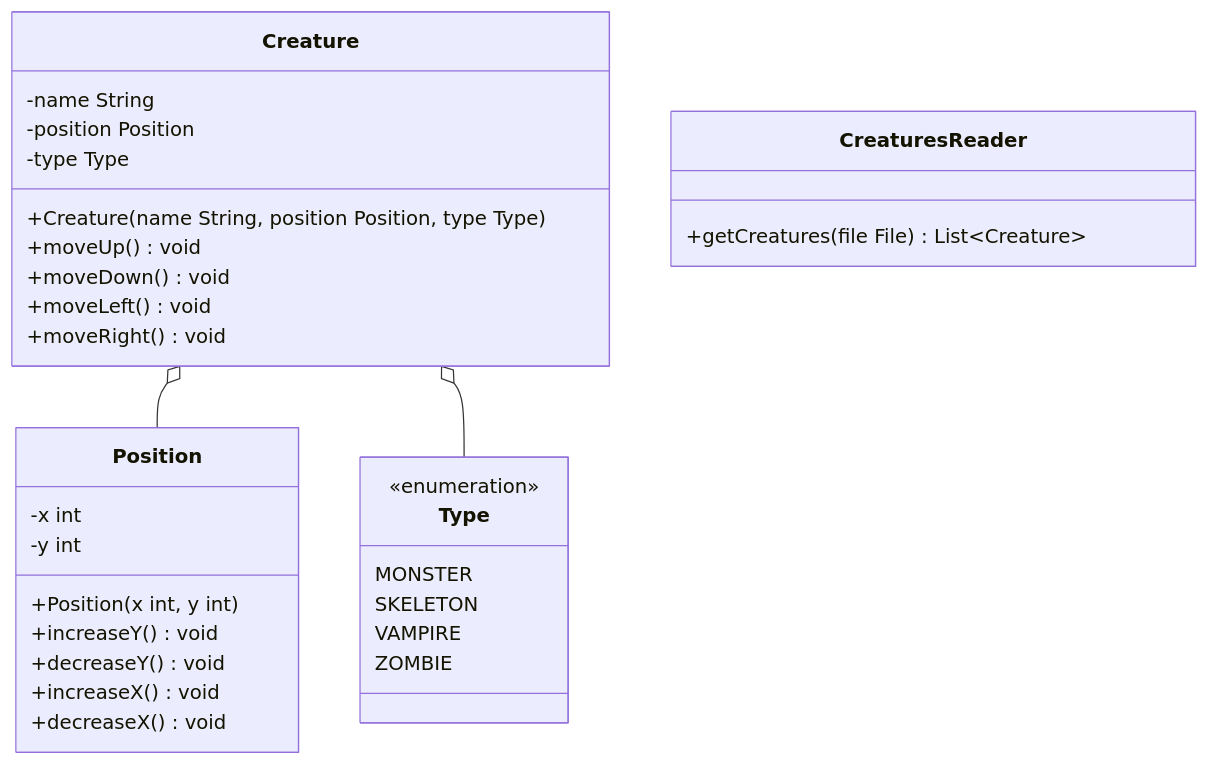
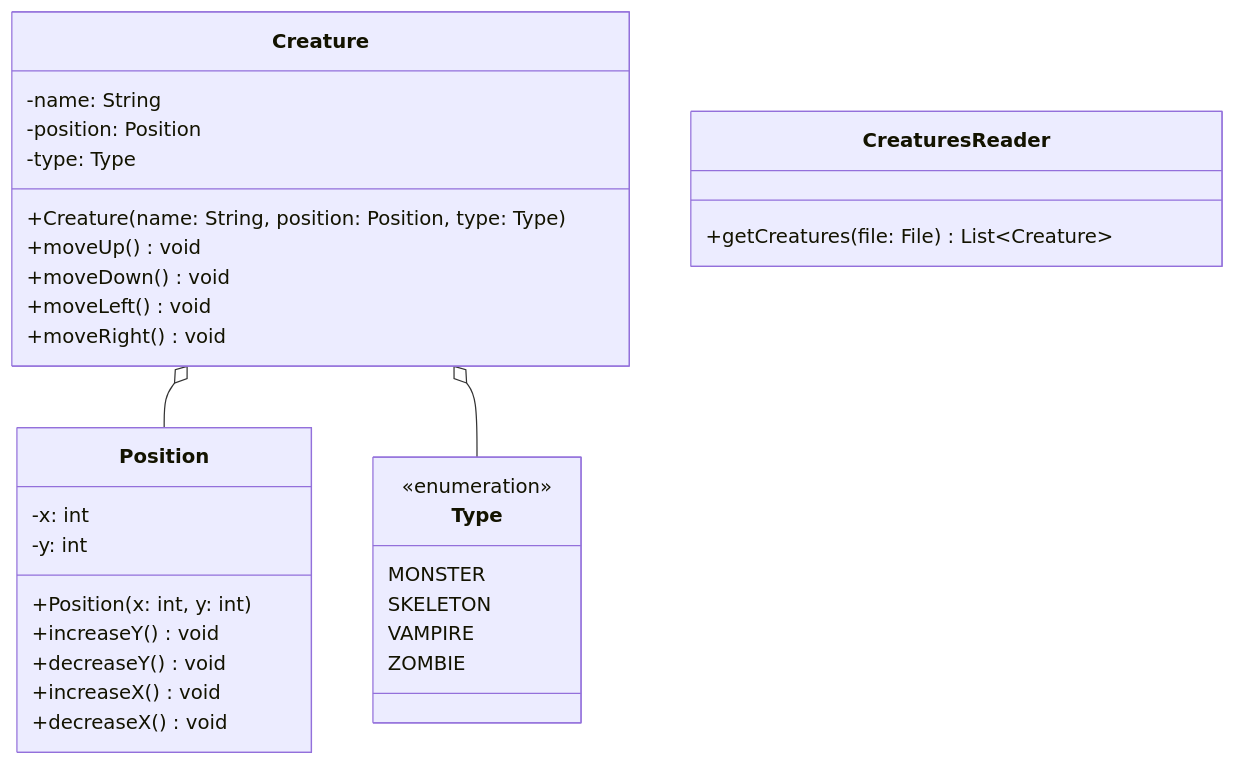
One commit to jappuccini/java-docs changed the diagram in docs/exam-exercises/exam-exercises-java1/creature.md. Above: the diagram before and after it, drawn with Mermaid. The commit also changed other lines of this file and 76 other files, not shown here.

Commit message:
uml fixes (colons, properties), headline fixes (italic) and exam result updates

````diff
--- a/docs/exam-exercises/exam-exercises-java1/creature.md
+++ b/docs/exam-exercises/exam-exercises-java1/creature.md
@@ -12,38 +12,38 @@
 ```mermaid
 classDiagram
     Creature o-- Position
     Creature o-- Type
 
     class Creature {
-        -name String
-        -position Position
-        -type Type
-        +Creature(name String, position Position, type Type)
+        -name: String
+        -position: Position
+        -type: Type
+        +Creature(name: String, position: Position, type: Type)
         +moveUp() void
         +moveDown() void
         +moveLeft() void
         +moveRight() void
     }
 
     class Type {
         <<enumeration>>
         MONSTER
         SKELETON
         VAMPIRE
         ZOMBIE
     }
 
     class Position {
-        -x int
-        -y int
-        +Position(x int, y int)
+        -x: int
+        -y: int
+        +Position(x: int, y: int)
         +increaseY() void
         +decreaseY() void
         +increaseX() void
         +decreaseX() void
     }
 
     class CreaturesReader {
-        +getCreatures(file File) List~Creature~
+        +getCreatures(file: File) List~Creature~
     }
 ```
````
